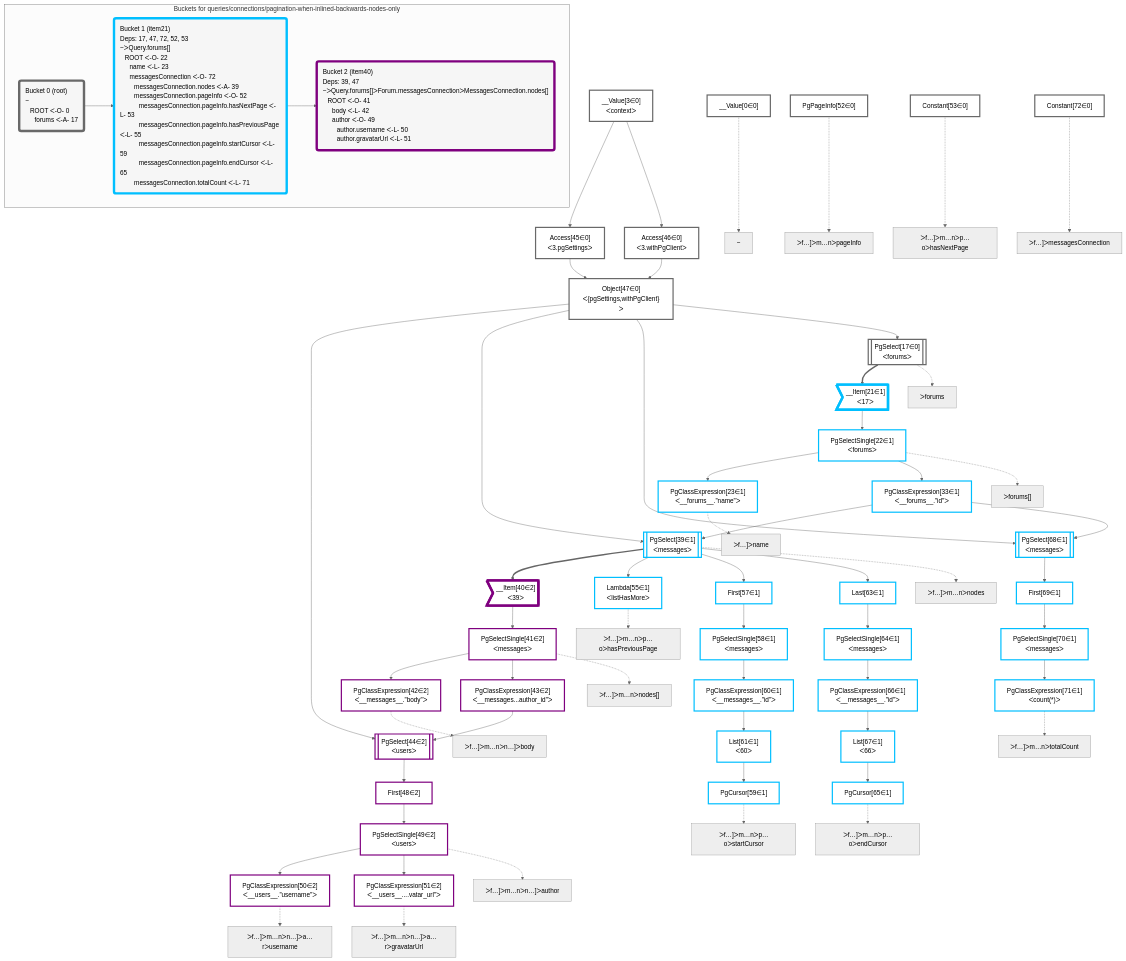
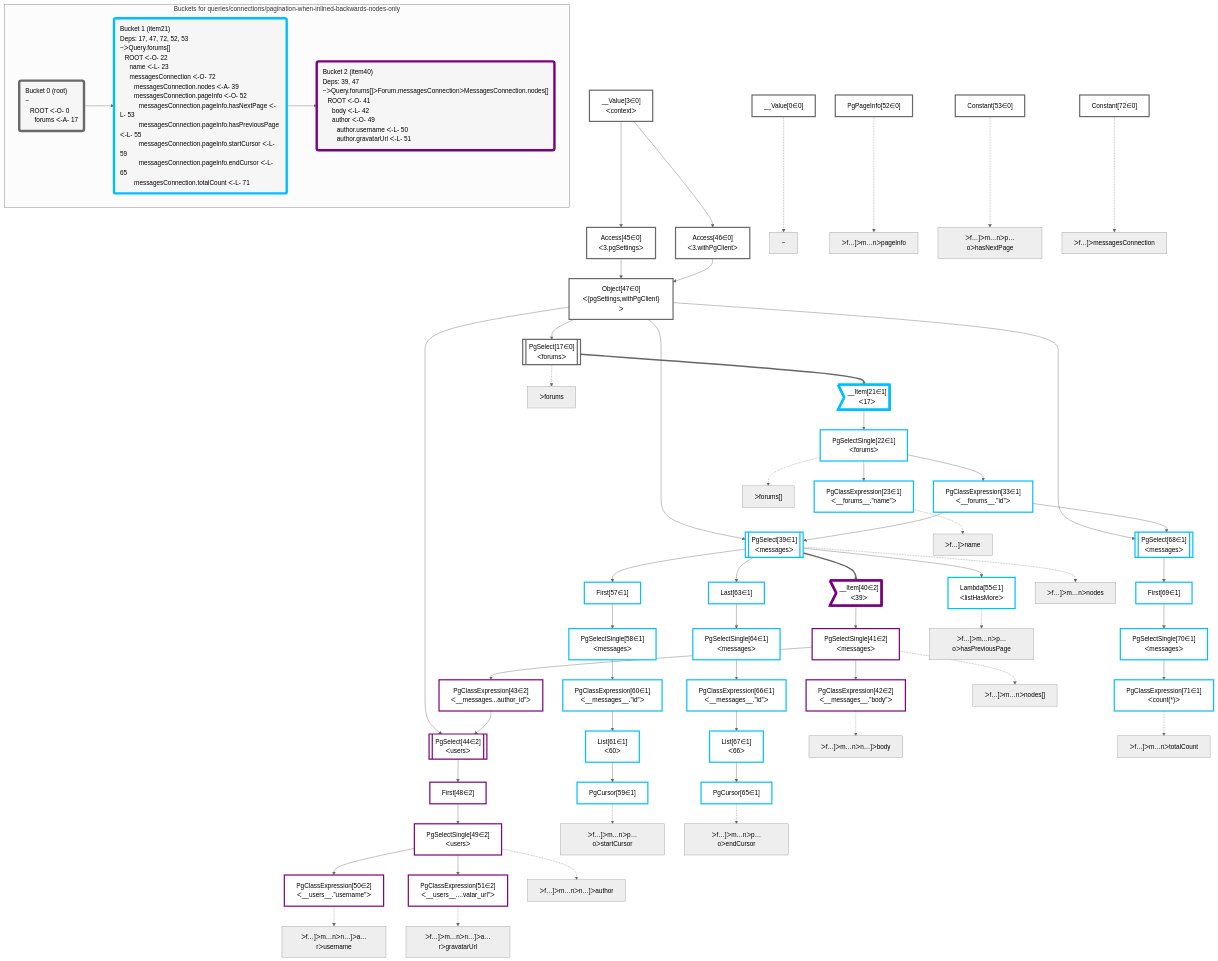
One commit to graphile/crystal changed the diagram in packages/dataplan-pg/__tests__/queries/connections/pagination-when-inlined-backwards-nodes-only.deopt.mermaid.md. Above: the diagram before and after it, drawn with Mermaid (neutral theme). The commit also changed other lines of this file and 195 other files, not shown here.

Commit message:
Reorder graphs

```diff
--- a/packages/dataplan-pg/__tests__/queries/connections/pagination-when-inlined-backwards-nodes-only.deopt.mermaid.md
+++ b/packages/dataplan-pg/__tests__/queries/connections/pagination-when-inlined-backwards-nodes-only.deopt.mermaid.md
@@ -9,78 +9,78 @@
 
     %% define plans
     __Value0["__Value[0∈0]"]:::plan
+    __Value3["__Value[3∈0]<br />ᐸcontextᐳ"]:::plan
+    Access45["Access[45∈0]<br />ᐸ3.pgSettingsᐳ"]:::plan
+    Access46["Access[46∈0]<br />ᐸ3.withPgClientᐳ"]:::plan
+    Object47["Object[47∈0]<br />ᐸ{pgSettings,withPgClient}ᐳ"]:::plan
+    PgSelect17[["PgSelect[17∈0]<br />ᐸforumsᐳ"]]:::plan
+    __Item21>"__Item[21∈1]<br />ᐸ17ᐳ"]:::itemplan
+    PgSelectSingle22["PgSelectSingle[22∈1]<br />ᐸforumsᐳ"]:::plan
     PgClassExpression23["PgClassExpression[23∈1]<br />ᐸ__forums__.”name”ᐳ"]:::plan
+    PgClassExpression33["PgClassExpression[33∈1]<br />ᐸ__forums__.”id”ᐳ"]:::plan
+    Constant72["Constant[72∈0]"]:::plan
+    PgSelect39[["PgSelect[39∈1]<br />ᐸmessagesᐳ"]]:::plan
+    __Item40>"__Item[40∈2]<br />ᐸ39ᐳ"]:::itemplan
+    PgSelectSingle41["PgSelectSingle[41∈2]<br />ᐸmessagesᐳ"]:::plan
     PgClassExpression42["PgClassExpression[42∈2]<br />ᐸ__messages__.”body”ᐳ"]:::plan
+    PgClassExpression43["PgClassExpression[43∈2]<br />ᐸ__messages...author_id”ᐳ"]:::plan
+    PgSelect44[["PgSelect[44∈2]<br />ᐸusersᐳ"]]:::plan
+    First48["First[48∈2]"]:::plan
+    PgSelectSingle49["PgSelectSingle[49∈2]<br />ᐸusersᐳ"]:::plan
     PgClassExpression50["PgClassExpression[50∈2]<br />ᐸ__users__.”username”ᐳ"]:::plan
     PgClassExpression51["PgClassExpression[51∈2]<br />ᐸ__users__....vatar_url”ᐳ"]:::plan
-    PgSelectSingle49["PgSelectSingle[49∈2]<br />ᐸusersᐳ"]:::plan
-    First48["First[48∈2]"]:::plan
-    PgSelect44[["PgSelect[44∈2]<br />ᐸusersᐳ"]]:::plan
-    PgClassExpression43["PgClassExpression[43∈2]<br />ᐸ__messages...author_id”ᐳ"]:::plan
-    PgSelectSingle41["PgSelectSingle[41∈2]<br />ᐸmessagesᐳ"]:::plan
-    __Item40>"__Item[40∈2]<br />ᐸ39ᐳ"]:::itemplan
-    Lambda55["Lambda[55∈1]<br />ᐸlistHasMoreᐳ"]:::plan
-    PgCursor59["PgCursor[59∈1]"]:::plan
-    List61["List[61∈1]<br />ᐸ60ᐳ"]:::plan
-    PgClassExpression60["PgClassExpression[60∈1]<br />ᐸ__messages__.”id”ᐳ"]:::plan
-    PgSelectSingle58["PgSelectSingle[58∈1]<br />ᐸmessagesᐳ"]:::plan
-    First57["First[57∈1]"]:::plan
-    PgCursor65["PgCursor[65∈1]"]:::plan
-    List67["List[67∈1]<br />ᐸ66ᐳ"]:::plan
-    PgClassExpression66["PgClassExpression[66∈1]<br />ᐸ__messages__.”id”ᐳ"]:::plan
-    PgSelectSingle64["PgSelectSingle[64∈1]<br />ᐸmessagesᐳ"]:::plan
-    Last63["Last[63∈1]"]:::plan
-    PgSelect39[["PgSelect[39∈1]<br />ᐸmessagesᐳ"]]:::plan
-    PgClassExpression71["PgClassExpression[71∈1]<br />ᐸcount(*)ᐳ"]:::plan
-    PgSelectSingle70["PgSelectSingle[70∈1]<br />ᐸmessagesᐳ"]:::plan
-    First69["First[69∈1]"]:::plan
-    PgSelect68[["PgSelect[68∈1]<br />ᐸmessagesᐳ"]]:::plan
-    PgClassExpression33["PgClassExpression[33∈1]<br />ᐸ__forums__.”id”ᐳ"]:::plan
-    PgSelectSingle22["PgSelectSingle[22∈1]<br />ᐸforumsᐳ"]:::plan
-    __Item21>"__Item[21∈1]<br />ᐸ17ᐳ"]:::itemplan
-    PgSelect17[["PgSelect[17∈0]<br />ᐸforumsᐳ"]]:::plan
-    Object47["Object[47∈0]<br />ᐸ{pgSettings,withPgClient}ᐳ"]:::plan
-    Access45["Access[45∈0]<br />ᐸ3.pgSettingsᐳ"]:::plan
-    Access46["Access[46∈0]<br />ᐸ3.withPgClientᐳ"]:::plan
-    __Value3["__Value[3∈0]<br />ᐸcontextᐳ"]:::plan
-    Constant72["Constant[72∈0]"]:::plan
     PgPageInfo52["PgPageInfo[52∈0]"]:::plan
     Constant53["Constant[53∈0]"]:::plan
+    Lambda55["Lambda[55∈1]<br />ᐸlistHasMoreᐳ"]:::plan
+    First57["First[57∈1]"]:::plan
+    PgSelectSingle58["PgSelectSingle[58∈1]<br />ᐸmessagesᐳ"]:::plan
+    PgClassExpression60["PgClassExpression[60∈1]<br />ᐸ__messages__.”id”ᐳ"]:::plan
+    List61["List[61∈1]<br />ᐸ60ᐳ"]:::plan
+    PgCursor59["PgCursor[59∈1]"]:::plan
+    Last63["Last[63∈1]"]:::plan
+    PgSelectSingle64["PgSelectSingle[64∈1]<br />ᐸmessagesᐳ"]:::plan
+    PgClassExpression66["PgClassExpression[66∈1]<br />ᐸ__messages__.”id”ᐳ"]:::plan
+    List67["List[67∈1]<br />ᐸ66ᐳ"]:::plan
+    PgCursor65["PgCursor[65∈1]"]:::plan
+    PgSelect68[["PgSelect[68∈1]<br />ᐸmessagesᐳ"]]:::plan
+    First69["First[69∈1]"]:::plan
+    PgSelectSingle70["PgSelectSingle[70∈1]<br />ᐸmessagesᐳ"]:::plan
+    PgClassExpression71["PgClassExpression[71∈1]<br />ᐸcount(*)ᐳ"]:::plan
 
     %% plan dependencies
+    __Value3 --> Access45
+    __Value3 --> Access46
+    Access45 & Access46 --> Object47
+    Object47 --> PgSelect17
+    PgSelect17 ==> __Item21
+    __Item21 --> PgSelectSingle22
     PgSelectSingle22 --> PgClassExpression23
+    PgSelectSingle22 --> PgClassExpression33
+    Object47 & PgClassExpression33 --> PgSelect39
+    PgSelect39 ==> __Item40
+    __Item40 --> PgSelectSingle41
     PgSelectSingle41 --> PgClassExpression42
+    PgSelectSingle41 --> PgClassExpression43
+    Object47 & PgClassExpression43 --> PgSelect44
+    PgSelect44 --> First48
+    First48 --> PgSelectSingle49
     PgSelectSingle49 --> PgClassExpression50
     PgSelectSingle49 --> PgClassExpression51
-    First48 --> PgSelectSingle49
-    PgSelect44 --> First48
-    Object47 & PgClassExpression43 --> PgSelect44
-    PgSelectSingle41 --> PgClassExpression43
-    __Item40 --> PgSelectSingle41
-    PgSelect39 ==> __Item40
     PgSelect39 --> Lambda55
+    PgSelect39 --> First57
+    First57 --> PgSelectSingle58
+    PgSelectSingle58 --> PgClassExpression60
+    PgClassExpression60 --> List61
     List61 --> PgCursor59
-    PgClassExpression60 --> List61
-    PgSelectSingle58 --> PgClassExpression60
-    First57 --> PgSelectSingle58
-    PgSelect39 --> First57
+    PgSelect39 --> Last63
+    Last63 --> PgSelectSingle64
+    PgSelectSingle64 --> PgClassExpression66
+    PgClassExpression66 --> List67
     List67 --> PgCursor65
-    PgClassExpression66 --> List67
-    PgSelectSingle64 --> PgClassExpression66
-    Last63 --> PgSelectSingle64
-    PgSelect39 --> Last63
-    Object47 & PgClassExpression33 --> PgSelect39
+    Object47 & PgClassExpression33 --> PgSelect68
+    PgSelect68 --> First69
+    First69 --> PgSelectSingle70
     PgSelectSingle70 --> PgClassExpression71
-    First69 --> PgSelectSingle70
-    PgSelect68 --> First69
-    Object47 & PgClassExpression33 --> PgSelect68
-    PgSelectSingle22 --> PgClassExpression33
-    __Item21 --> PgSelectSingle22
-    PgSelect17 ==> __Item21
-    Object47 --> PgSelect17
-    Access45 & Access46 --> Object47
-    __Value3 --> Access45
-    __Value3 --> Access46
 
     %% plan-to-path relationships
     P0["~"]
```
